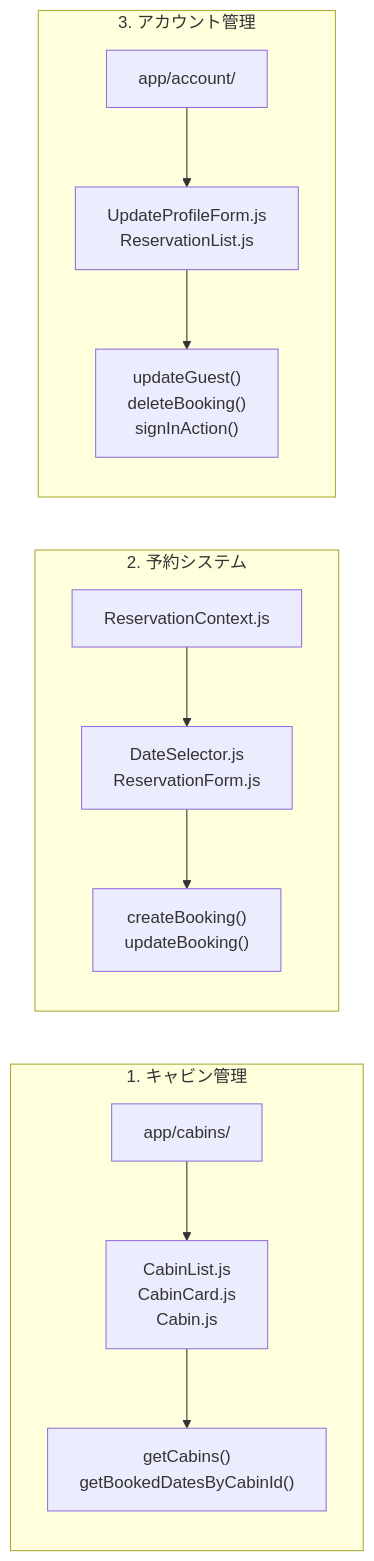
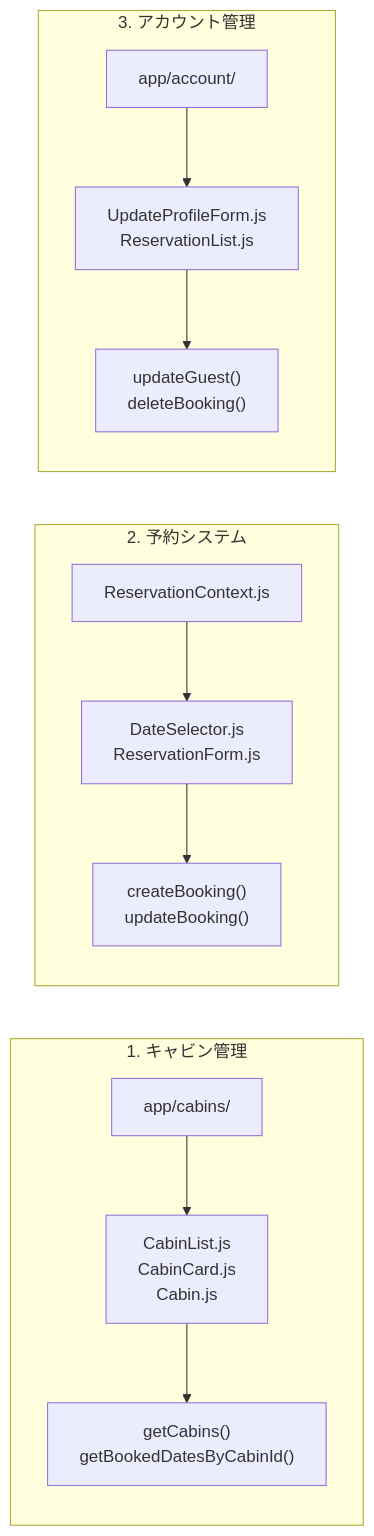
The second of 5 diagrams in README.md (myoshi2891/MasterModernReact_NextJs), drawn with Mermaid before and after one commit. The commit also changed other lines of this file and 17 other files, not shown here.

````diff
--- a/README.md
+++ b/README.md
@@ -135,27 +135,27 @@
 ```mermaid
 graph LR
     subgraph "1. キャビン管理"
         CabinPages[app/cabins/]
         CabinComponents[CabinList.js<br/>CabinCard.js<br/>Cabin.js]
         CabinData["getCabins()<br/>getBookedDatesByCabinId()"]
     end
     
     subgraph "2. 予約システム"
         ReservationContext[ReservationContext.js]
         ReservationComponents[DateSelector.js<br/>ReservationForm.js]
         ReservationActions["createBooking()<br/>updateBooking()"]
     end
     
     subgraph "3. アカウント管理"
         AccountPages[app/account/]
         AccountComponents[UpdateProfileForm.js<br/>ReservationList.js]
-        AccountActions["updateGuest()<br/>deleteBooking()<br/>signInAction()"]
+        AccountActions["updateGuest()<br/>deleteBooking()"]
     end
     
     CabinPages --> CabinComponents
     CabinComponents --> CabinData
     ReservationContext --> ReservationComponents
     ReservationComponents --> ReservationActions
     AccountPages --> AccountComponents
     AccountComponents --> AccountActions
 ```
````
